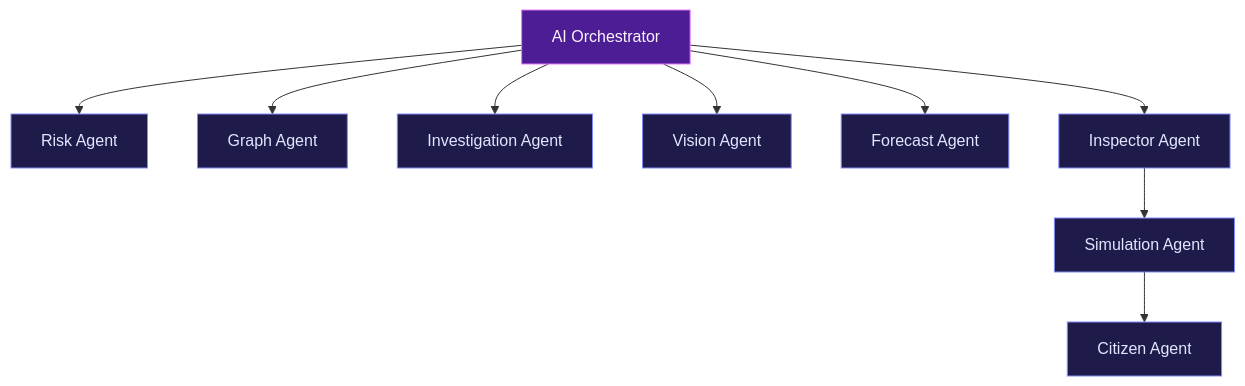
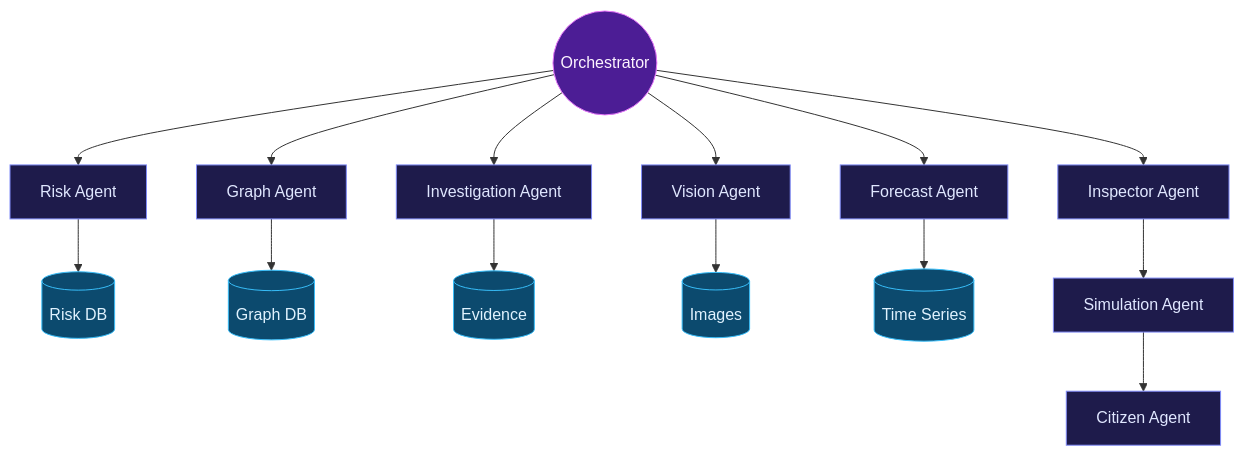
Diagram 11 of 14 in README.md (codeejb/Foodguard), drawn with Mermaid before and after one commit. The commit also changed other lines of this file, not shown here.

````diff
--- a/README.md
+++ b/README.md
@@ -307,17 +325,17 @@
 ```mermaid
 flowchart TD
-    O[AI Orchestrator]
-    O --> RA[Risk Agent]
-    O --> GA[Graph Agent]
-    O --> IA[Investigation Agent]
-    O --> VA[Vision Agent]
-    O --> FA[Forecast Agent]
-    O --> InsA[Inspector Agent]
-    InsA --> SimA[Simulation Agent]
-    SimA --> CitA[Citizen Agent]
+    O(("Orchestrator"))
+    O --> RA[Risk Agent] --> RDB[(Risk DB)]
+    O --> GA[Graph Agent] --> GDB[(Graph DB)]
+    O --> IA[Investigation Agent] --> EV[(Evidence)]
+    O --> VA[Vision Agent] --> IMG[(Images)]
+    O --> FA[Forecast Agent] --> TS[(Time Series)]
+    O --> InsA[Inspector Agent] --> SimA[Simulation Agent] --> CitA[Citizen Agent]
 
     classDef orch fill:#4c1d95,stroke:#e879f9,color:#fdf4ff
     classDef agent fill:#1e1b4b,stroke:#818cf8,color:#e0e7ff
+    classDef store fill:#0c4a6e,stroke:#38bdf8,color:#e0f2fe
     class O orch
     class RA,GA,IA,VA,FA,InsA,SimA,CitA agent
+    class RDB,GDB,EV,IMG,TS store
 ```
````
